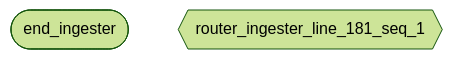
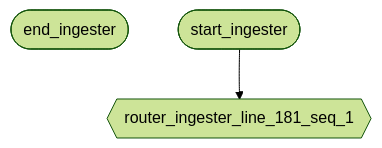
One commit to deliveryhero/asya changed the diagram in examples/flows/compiled/typed_pydantic_pipeline/flow.mmd. Above: the diagram before and after it, drawn with Mermaid (forest theme). The commit also changed 232 other files, not shown here.

```diff
--- a/examples/flows/compiled/typed_pydantic_pipeline/flow.mmd
+++ b/examples/flows/compiled/typed_pydantic_pipeline/flow.mmd
@@ -1,5 +1,8 @@
 flowchart TD
     %% Flow: ingester
 
     end_ingester([end_ingester])
     router_ingester_line_181_seq_1{{router_ingester_line_181_seq_1}}
+    start_ingester([start_ingester])
+
+    start_ingester --> router_ingester_line_181_seq_1
```
